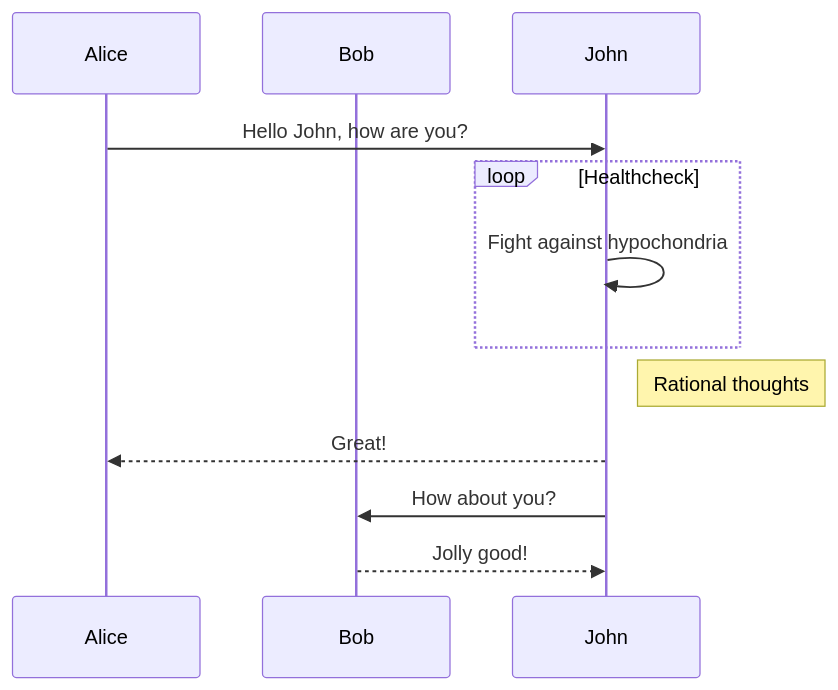
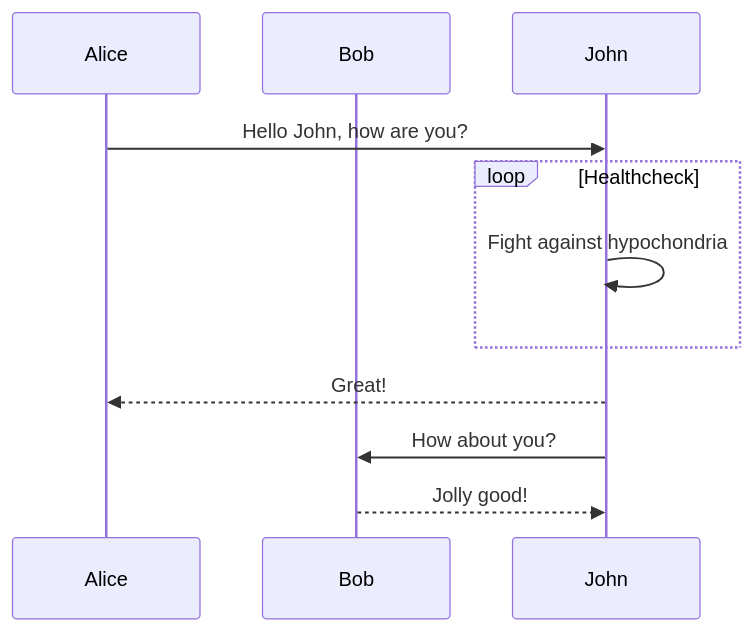
One commit to miaozhuojun/miaozhuojun.github.io changed the third of 3 diagrams in _posts/2021-03-26-Hotspot-intrinsice.md. Above: the diagram before and after it, drawn with Mermaid.

```diff
--- a/_posts/2021-03-26-Hotspot-intrinsice.md
+++ b/_posts/2021-03-26-Hotspot-intrinsice.md
@@ -445,13 +445,12 @@
 <div class="mermaid">
 sequenceDiagram
     participant Alice
     participant Bob
     Alice->>John: Hello John, how are you?
     loop Healthcheck
         John->>John: Fight against hypochondria
     end
-    Note right of John: Rational thoughts
     John-->>Alice: Great!
     John->>Bob: How about you?
     Bob-->>John: Jolly good!
 </div>
```
